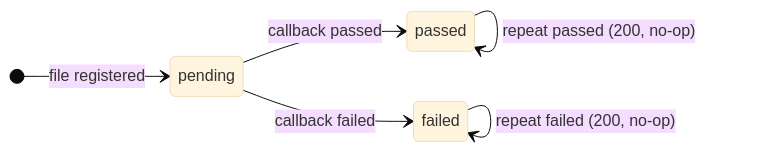
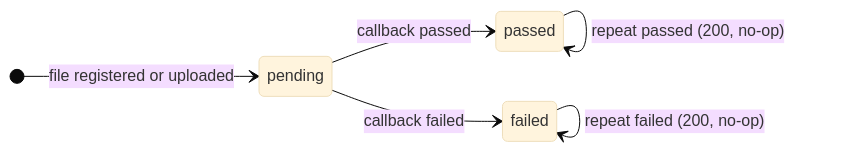
One commit to smitshah06/Sample-File-Access-Service changed the fourth of 10 diagrams in docs/implementation-plan.md. Above: the diagram before and after it, drawn with Mermaid (base theme). The commit also changed other lines of this file and 64 other files, not shown here.

````diff
--- a/docs/implementation-plan.md
+++ b/docs/implementation-plan.md
@@ -428,9 +428,9 @@
 ```mermaid
 stateDiagram-v2
   direction LR
-  [*] --> pending : file registered
+  [*] --> pending : file registered or uploaded
   pending --> passed : callback passed
   pending --> failed : callback failed
   passed --> passed : repeat passed (200, no-op)
   failed --> failed : repeat failed (200, no-op)
 ```
````
